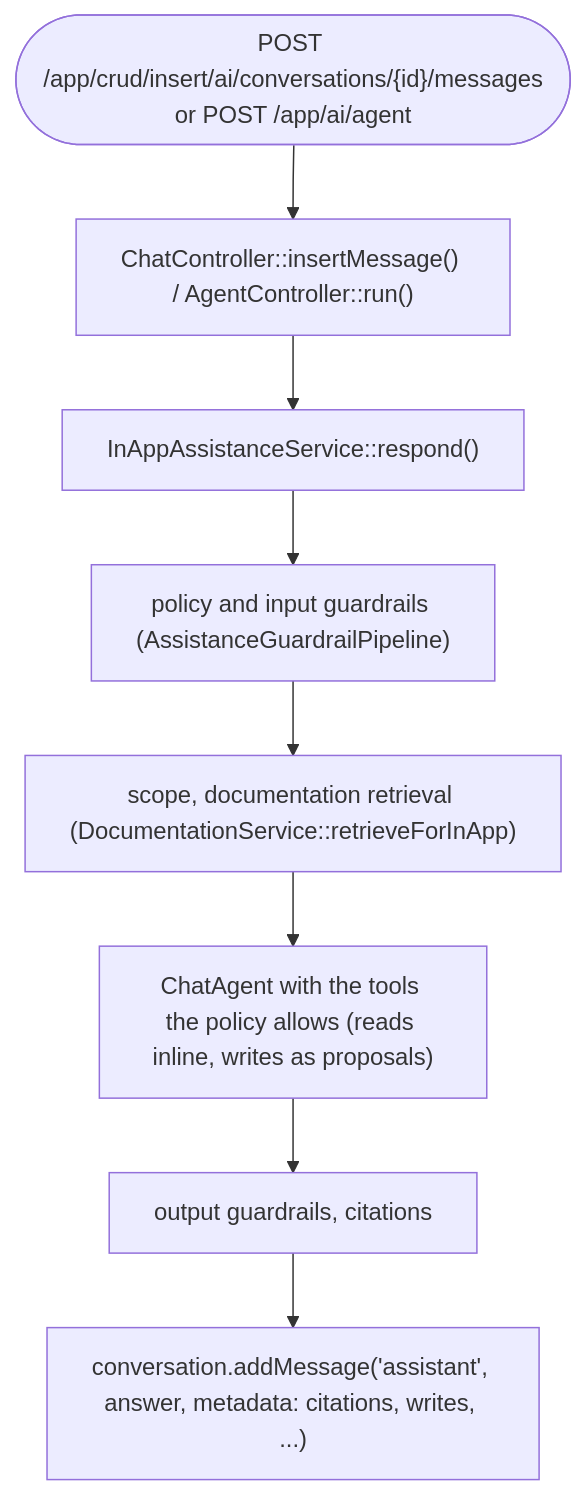
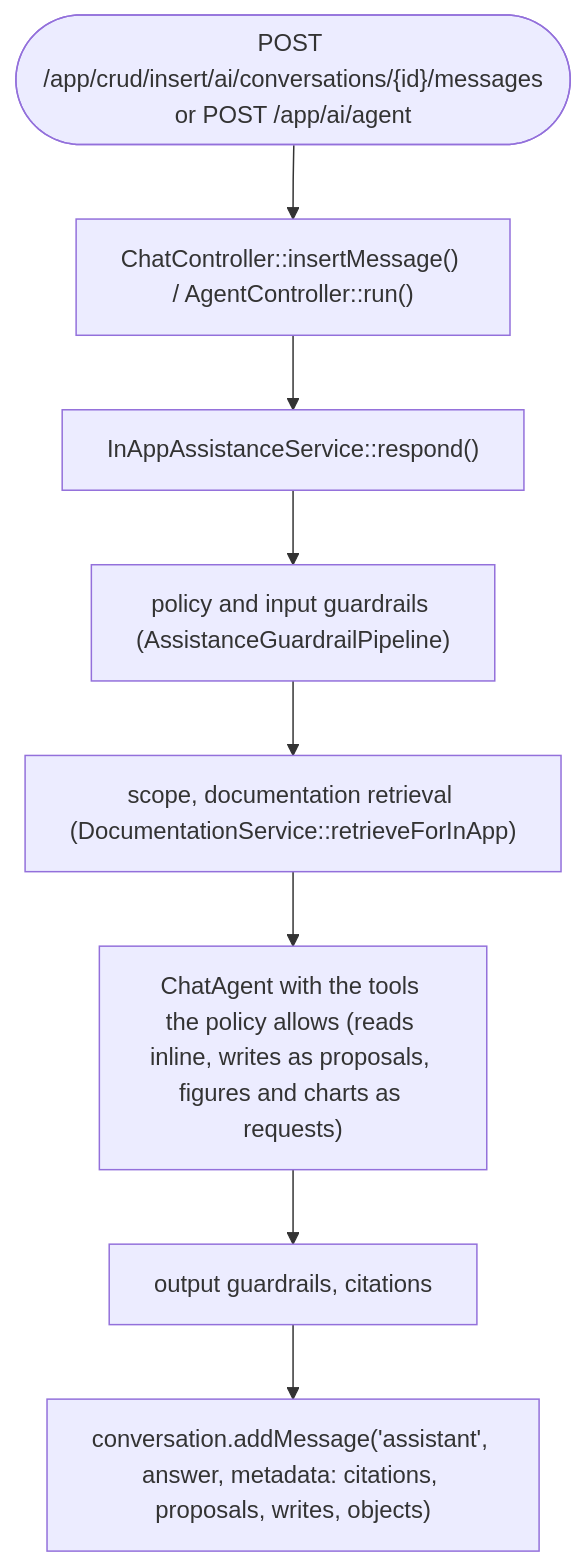
Before and after one commit to getlaraplate/laraai: the second of 7 diagrams in docs/ARCHITECTURE.md, drawn with Mermaid. The commit also changed other lines of this file and 8 other files, not shown here.

````diff
--- a/docs/ARCHITECTURE.md
+++ b/docs/ARCHITECTURE.md
@@ -64,12 +64,12 @@
 ```mermaid
 flowchart TD
     request(["POST /app/crud/insert/ai/conversations/{id}/messages<br/>or POST /app/ai/agent"])
     controller["ChatController::insertMessage() / AgentController::run()"]
     respond["InAppAssistanceService::respond()"]
     input["policy and input guardrails (AssistanceGuardrailPipeline)"]
     retrieval["scope, documentation retrieval (DocumentationService::retrieveForInApp)"]
-    agent["ChatAgent with the tools the policy allows (reads inline, writes as proposals)"]
+    agent["ChatAgent with the tools the policy allows (reads inline, writes as proposals, figures and charts as requests)"]
     output["output guardrails, citations"]
-    store["conversation.addMessage('assistant', answer, metadata: citations, writes, ...)"]
+    store["conversation.addMessage('assistant', answer, metadata: citations, proposals, writes, objects)"]
     request --> controller --> respond --> input --> retrieval --> agent --> output --> store
 ```
````
